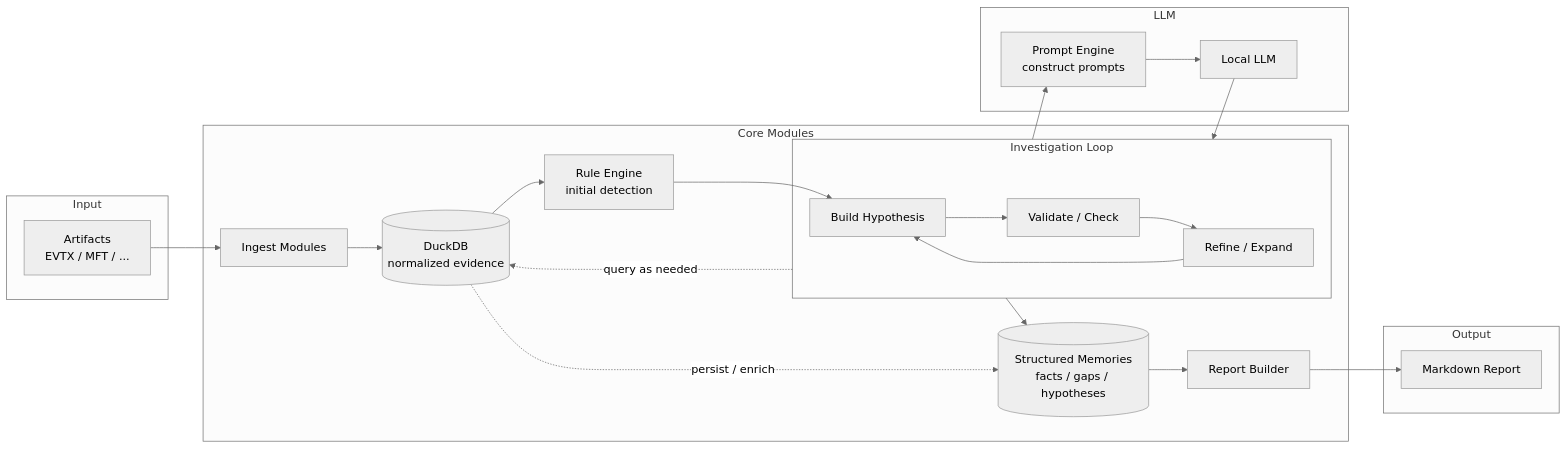
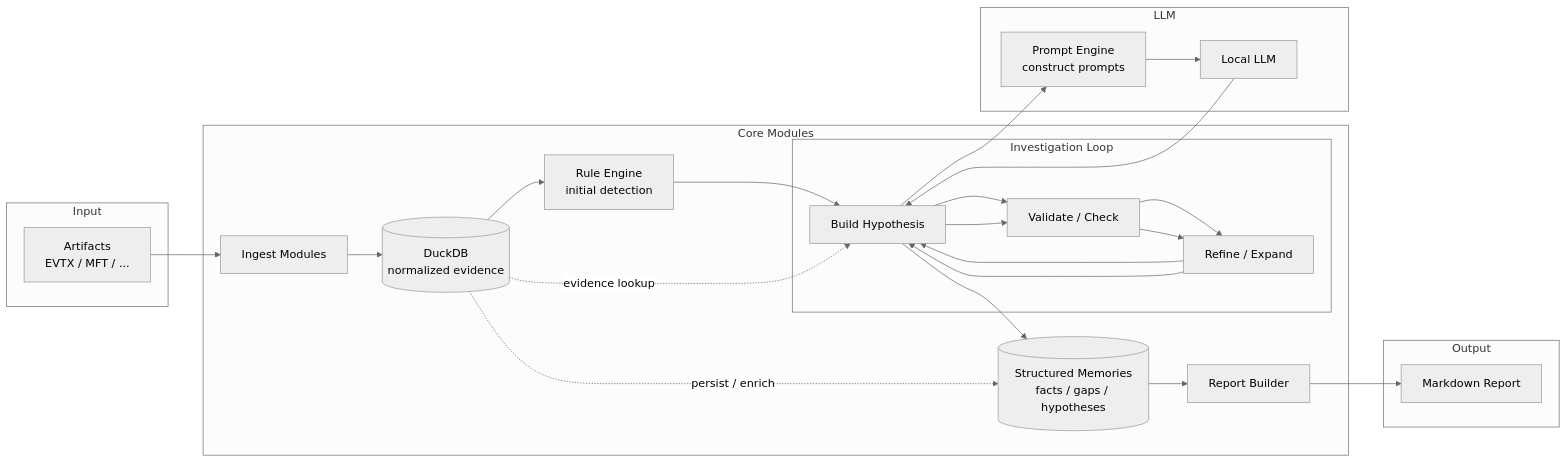
Before and after one commit to sumeshi/forensia: the first of 3 diagrams in README.md, drawn with Mermaid (neutral theme). The commit also changed other lines of this file and 1 other file, not shown here.

````diff
--- a/README.md
+++ b/README.md
@@ -52,45 +69,45 @@
 ```mermaid
 flowchart LR
     subgraph IN["Input"]
         A["Artifacts<br/>EVTX / MFT / ..."]
     end
 
     subgraph CORE["Core Modules"]
         B["Ingest Modules"]
         C[("DuckDB<br/>normalized evidence")]
         D["Rule Engine<br/>initial detection"]
 
         subgraph L["Investigation Loop"]
             E["Build Hypothesis"]
             F["Validate / Check"]
             G["Refine / Expand"]
             E --> F
             F --> G
             G --> E
         end
 
         J[("Structured Memories<br/>facts / gaps / hypotheses")]
         K["Report Builder"]
     end
 
     subgraph AI["LLM"]
         H["Prompt Engine<br/>construct prompts"]
         I["Local LLM"]
     end
 
     subgraph OUT["Output"]
         M["Markdown Report"]
     end
 
     A --> B --> C
     C --> D --> E
-
-    L --> H --> I
-    I --> L
-
-    L -. query as needed .-> C
-    L --> J
+    E --> F
+    F --> G
+    G --> E
+    E --> J
+    J --> K --> M
+    E --> H --> I
+    I --> E
+    C -. evidence lookup .-> E
     C -. persist / enrich .-> J
-
-    J --> K --> M
 ```
````
